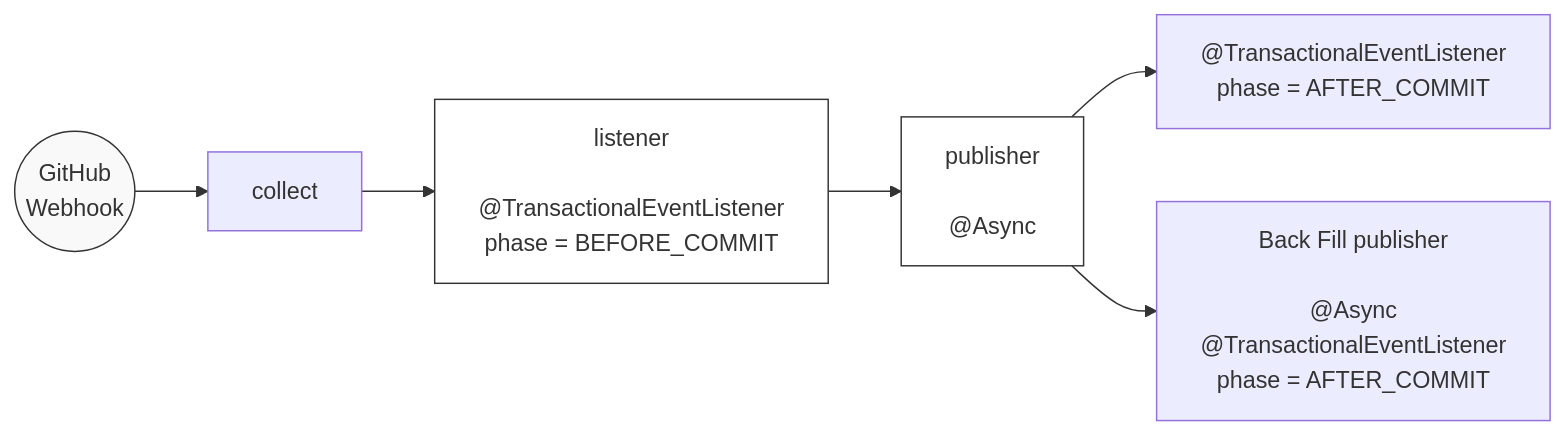
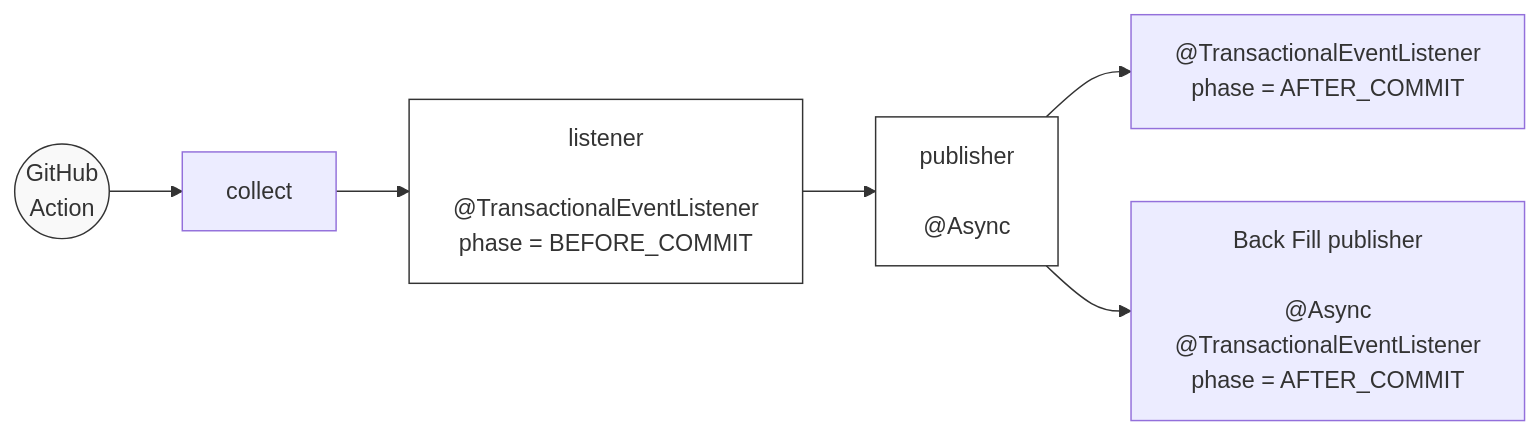
The second of 2 diagrams in README.md (pr-ism/statistics-server), drawn with Mermaid before and after one commit. The commit also changed other lines of this file, not shown here.

Commit message:
docs: README 파일 수정
- 개행 깨짐 수정
- Github Action으로 수정

````diff
--- a/README.md
+++ b/README.md
@@ -18,14 +18,14 @@
 ```mermaid
 flowchart LR
-    A(("GitHub\nWebhook")) --> B["collect"]
-    B --> C["listener\n\n@TransactionalEventListener\nphase = BEFORE_COMMIT"]
+    A(("GitHub<br/>Action")) --> B["collect"]
+    B --> C["listener<br/><br/>@TransactionalEventListener<br/>phase = BEFORE_COMMIT"]
 
-    C --> D["publisher\n\n@Async"]
+    C --> D["publisher<br/><br/>@Async"]
 
-    D --> E["@TransactionalEventListener\nphase = AFTER_COMMIT"]
-    D --> F["Back Fill publisher\n\n@Async\n@TransactionalEventListener\nphase = AFTER_COMMIT"]
+    D --> E["@TransactionalEventListener<br/>phase = AFTER_COMMIT"]
+    D --> F["Back Fill publisher<br/><br/>@Async<br/>@TransactionalEventListener<br/>phase = AFTER_COMMIT"]
 
     style A fill:#f9f9f9,stroke:#333
     style C fill:#fff,stroke:#333
     style D fill:#fff,stroke:#333
 ```
````
